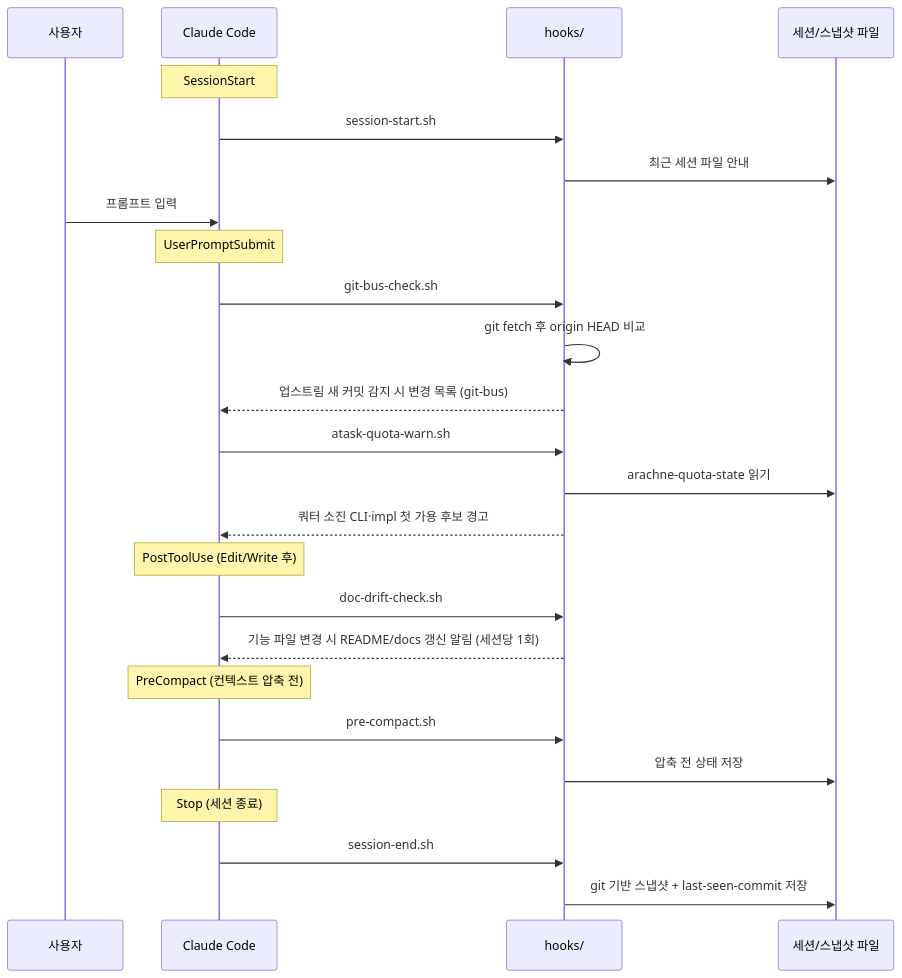
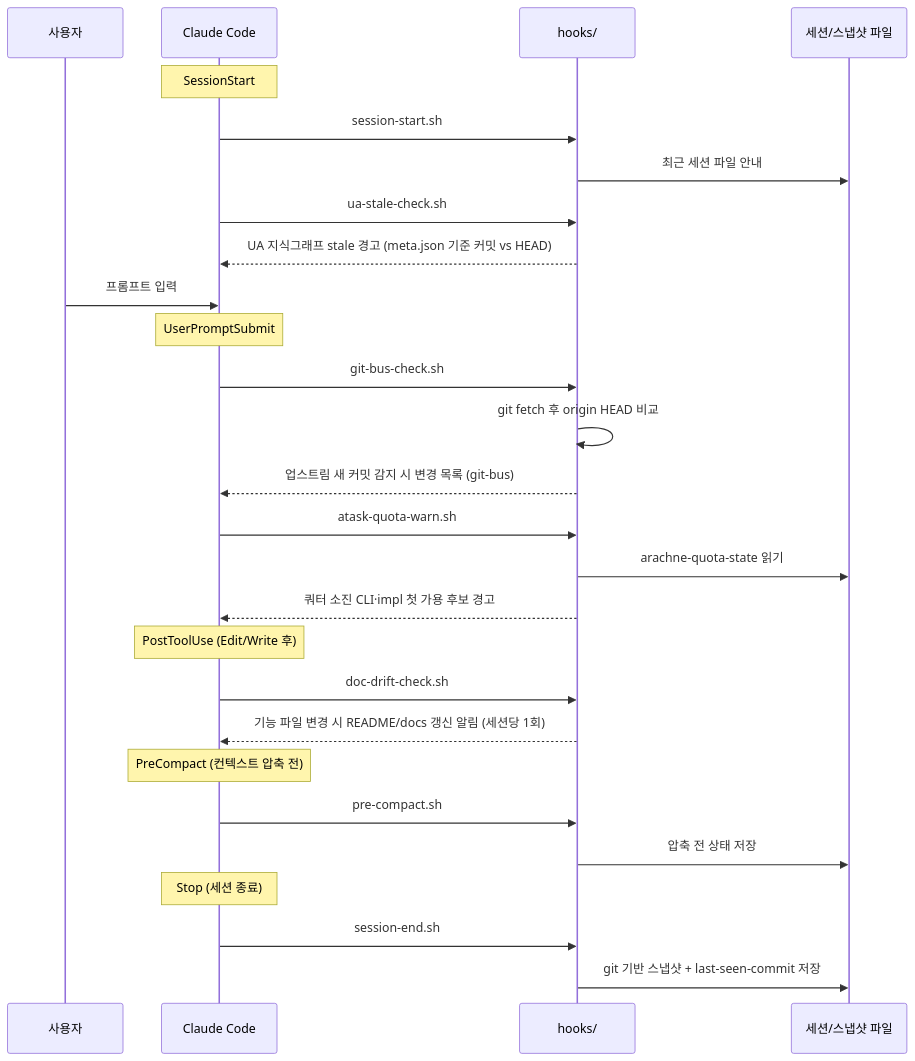
One commit to jomarusoup/Arachne changed the third of 5 diagrams in docs/ARCHITECTURE.md. Above: the diagram before and after it, drawn with Mermaid. The commit also changed other lines of this file and 9 other files, not shown here.

First line of the commit message:
feat: UA 지식그래프 stale 감지 훅 추가 (SessionStart)

````diff
--- a/docs/ARCHITECTURE.md
+++ b/docs/ARCHITECTURE.md
@@ -252,32 +252,34 @@
 ```mermaid
 sequenceDiagram
     participant U as 사용자
     participant CC as Claude Code
     participant H as hooks/
     participant FS as 세션/스냅샷 파일
 
     Note over CC: SessionStart
     CC->>H: session-start.sh
     H->>FS: 최근 세션 파일 안내
+    CC->>H: ua-stale-check.sh
+    H-->>CC: UA 지식그래프 stale 경고 (meta.json 기준 커밋 vs HEAD)
 
     U->>CC: 프롬프트 입력
     Note over CC: UserPromptSubmit
     CC->>H: git-bus-check.sh
     H->>H: git fetch 후 origin HEAD 비교
     H-->>CC: 업스트림 새 커밋 감지 시 변경 목록 (git-bus)
     CC->>H: atask-quota-warn.sh
     H->>FS: arachne-quota-state 읽기
     H-->>CC: 쿼터 소진 CLI·impl 첫 가용 후보 경고
 
     Note over CC: PostToolUse (Edit/Write 후)
     CC->>H: doc-drift-check.sh
     H-->>CC: 기능 파일 변경 시 README/docs 갱신 알림 (세션당 1회)
 
     Note over CC: PreCompact (컨텍스트 압축 전)
     CC->>H: pre-compact.sh
     H->>FS: 압축 전 상태 저장
 
     Note over CC: Stop (세션 종료)
     CC->>H: session-end.sh
     H->>FS: git 기반 스냅샷 + last-seen-commit 저장
 ```
````
